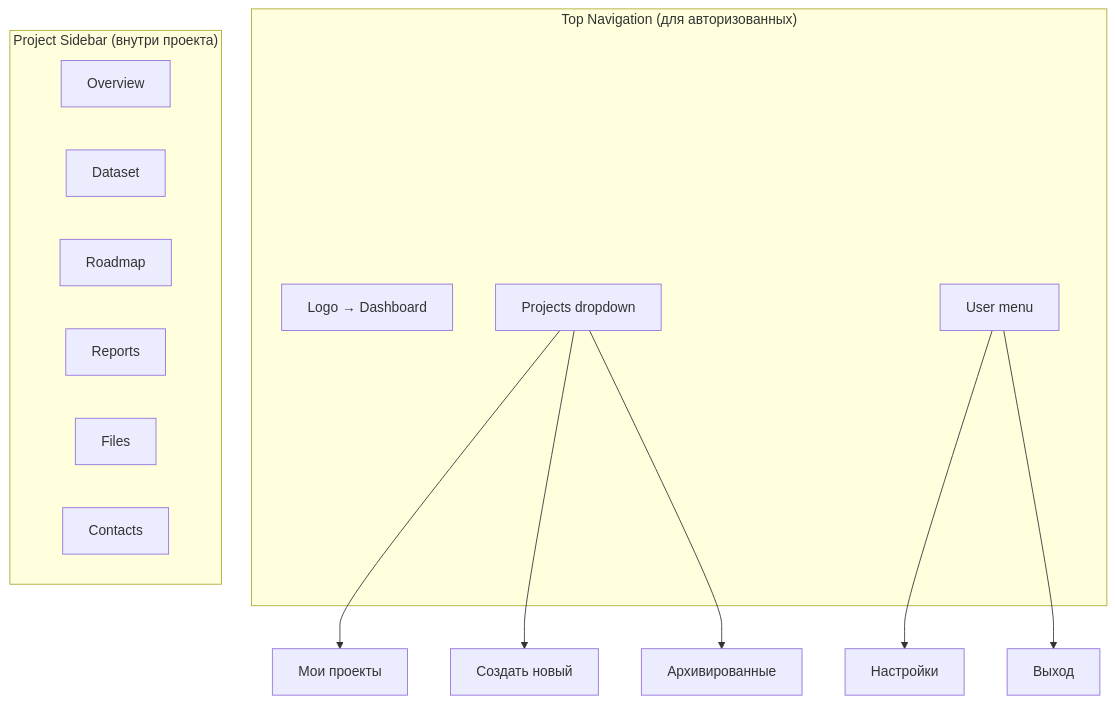
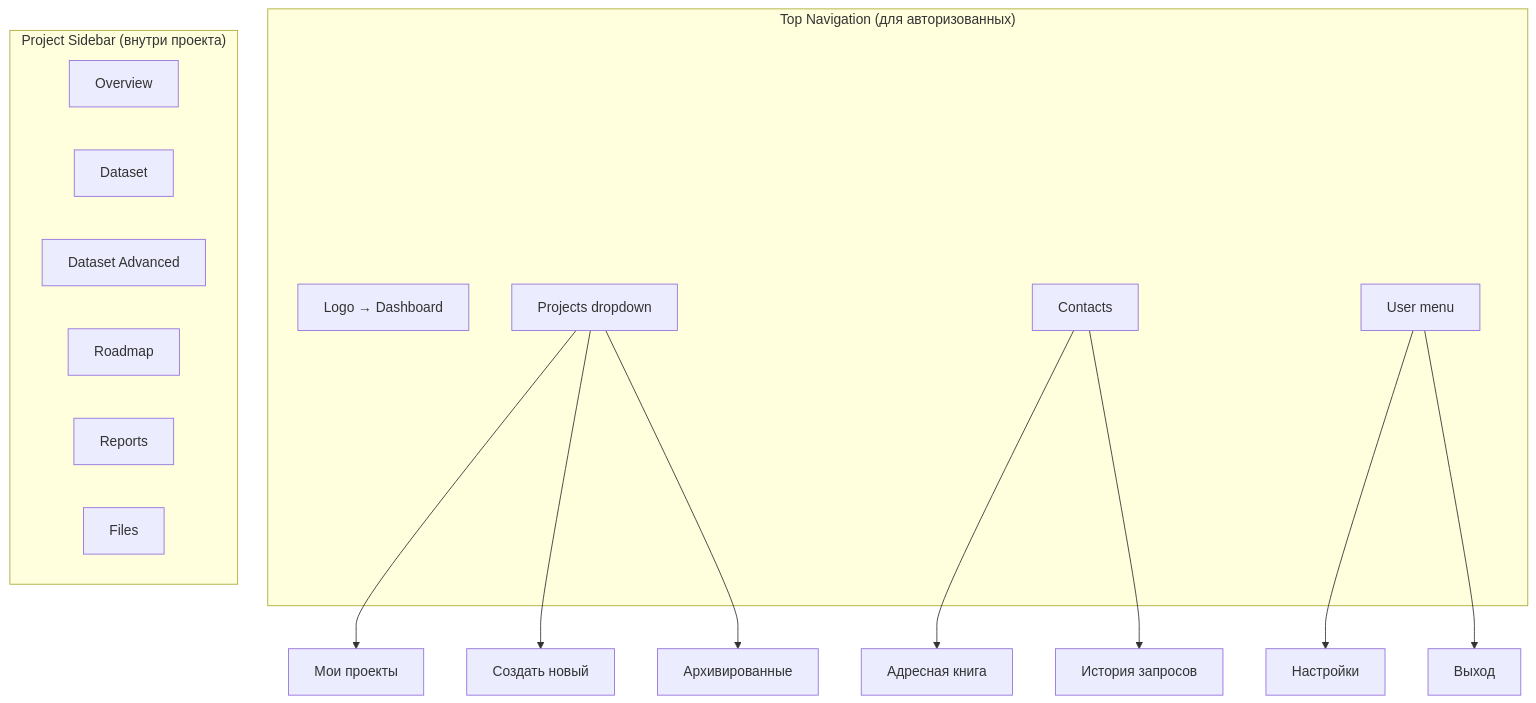
One commit to condr-at/carbonreport changed the fourth of 4 diagrams in docs/USER_FLOW.md. Above: the diagram before and after it, drawn with Mermaid. The commit also changed other lines of this file and 3 other files, not shown here.

````diff
--- a/docs/USER_FLOW.md
+++ b/docs/USER_FLOW.md
@@ -139,24 +245,28 @@
 ```mermaid
 graph TD
     subgraph "Top Navigation (для авторизованных)"
         Nav1[Logo → Dashboard]
         Nav2[Projects dropdown]
-        Nav3[User menu]
+        Nav3[Contacts]
+        Nav4[User menu]
     end
     
     Nav2 --> Nav2a[Мои проекты]
     Nav2 --> Nav2b[Создать новый]
     Nav2 --> Nav2c[Архивированные]
     
-    Nav3 --> Nav3a[Настройки]
-    Nav3 --> Nav3b[Выход]
+    Nav3 --> Nav3a[Адресная книга]
+    Nav3 --> Nav3b[История запросов]
+    
+    Nav4 --> Nav4a[Настройки]
+    Nav4 --> Nav4b[Выход]
     
     subgraph "Project Sidebar (внутри проекта)"
         Side1[Overview]
         Side2[Dataset]
+        Side2a[Dataset Advanced]
         Side3[Roadmap]
         Side4[Reports]
         Side5[Files]
-        Side6[Contacts]
     end
 ```
````
